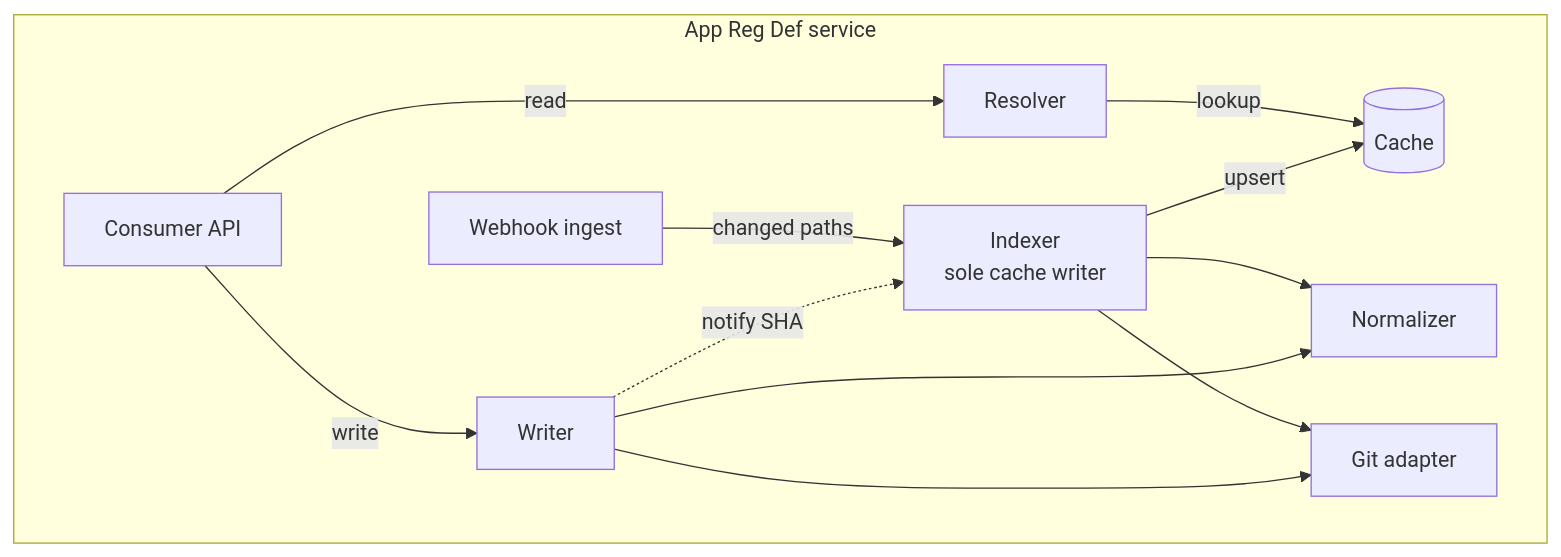
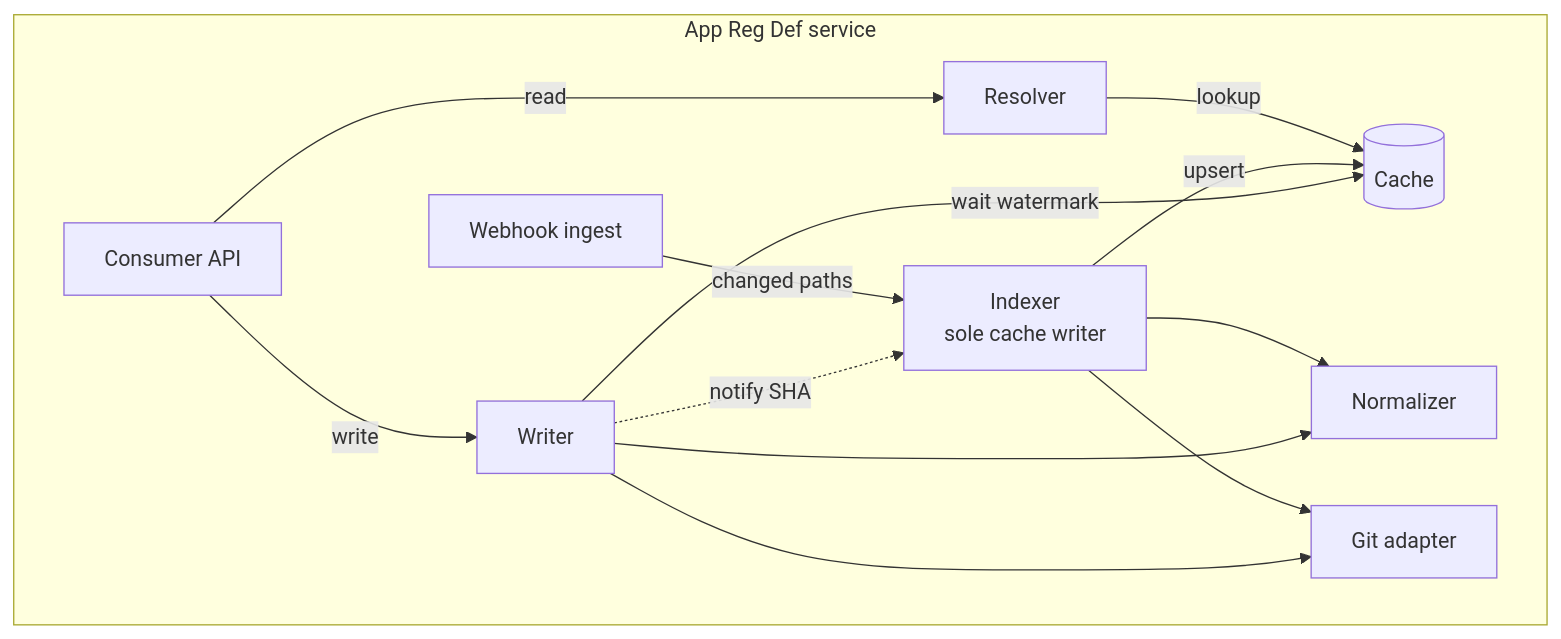
The second of 5 diagrams in docs/analysis/app-reg-def-service/design/architecture.md (Netcracker/qubership-envgene), drawn with Mermaid before and after one commit. The commit also changed other lines of this file, not shown here.

First line of the commit message:
docs: address architecture.md review (round 1)

````diff
--- a/docs/analysis/app-reg-def-service/design/architecture.md
+++ b/docs/analysis/app-reg-def-service/design/architecture.md
@@ -30,23 +33,24 @@
 ```mermaid
 flowchart TB
   subgraph svc["App Reg Def service"]
     api["Consumer API"]
     wh["Webhook ingest"]
     resolver["Resolver"]
     cache[("Cache")]
     indexer["Indexer<br/>sole cache writer"]
     writer["Writer"]
     norm["Normalizer"]
     gitad["Git adapter"]
   end
   api -->|read| resolver
   resolver -->|lookup| cache
   api -->|write| writer
   wh -->|changed paths| indexer
   indexer -->|upsert| cache
   indexer --> norm
   indexer --> gitad
   writer --> norm
   writer --> gitad
+  writer -->|wait watermark| cache
   writer -. "notify SHA" .-> indexer
 ```
````
